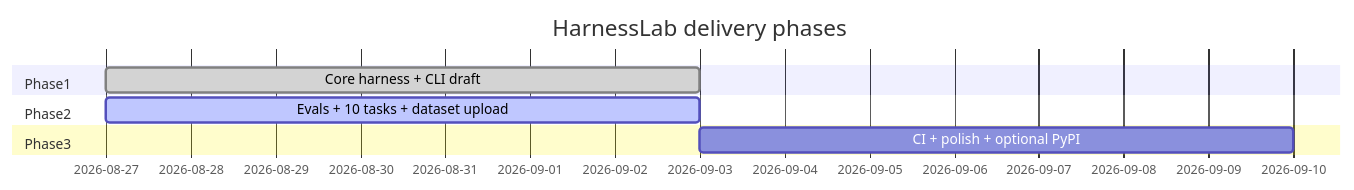
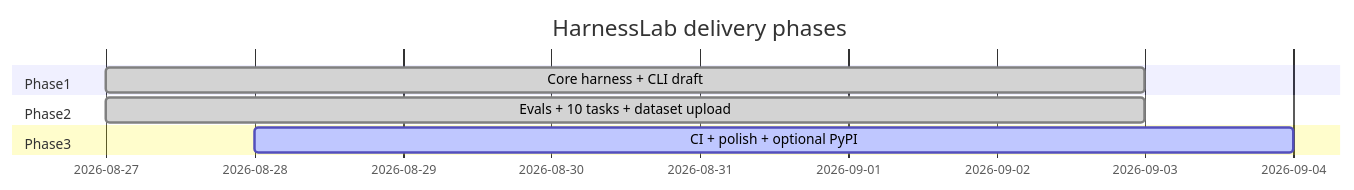
The first of 8 diagrams in IMPLEMENTATION_PLAN.md (HOSH19/HarnessLab), drawn with Mermaid before and after one commit. The commit also changed other lines of this file and 6 other files, not shown here.

````diff
--- a/IMPLEMENTATION_PLAN.md
+++ b/IMPLEMENTATION_PLAN.md
@@ -7,11 +7,11 @@
 ```mermaid
 gantt
     title HarnessLab delivery phases
     dateFormat YYYY-MM-DD
     section Phase1
     Core harness + CLI draft           :done, p1, 2026-08-27, 7d
     section Phase2
-    Evals + 10 tasks + dataset upload  :active, p2, 2026-08-27, 7d
+    Evals + 10 tasks + dataset upload  :done, p2, 2026-08-27, 7d
     section Phase3
-    CI + polish + optional PyPI        :p3, after p2, 7d
+    CI + polish + optional PyPI        :active, p3, 2026-08-28, 7d
 ```
````
